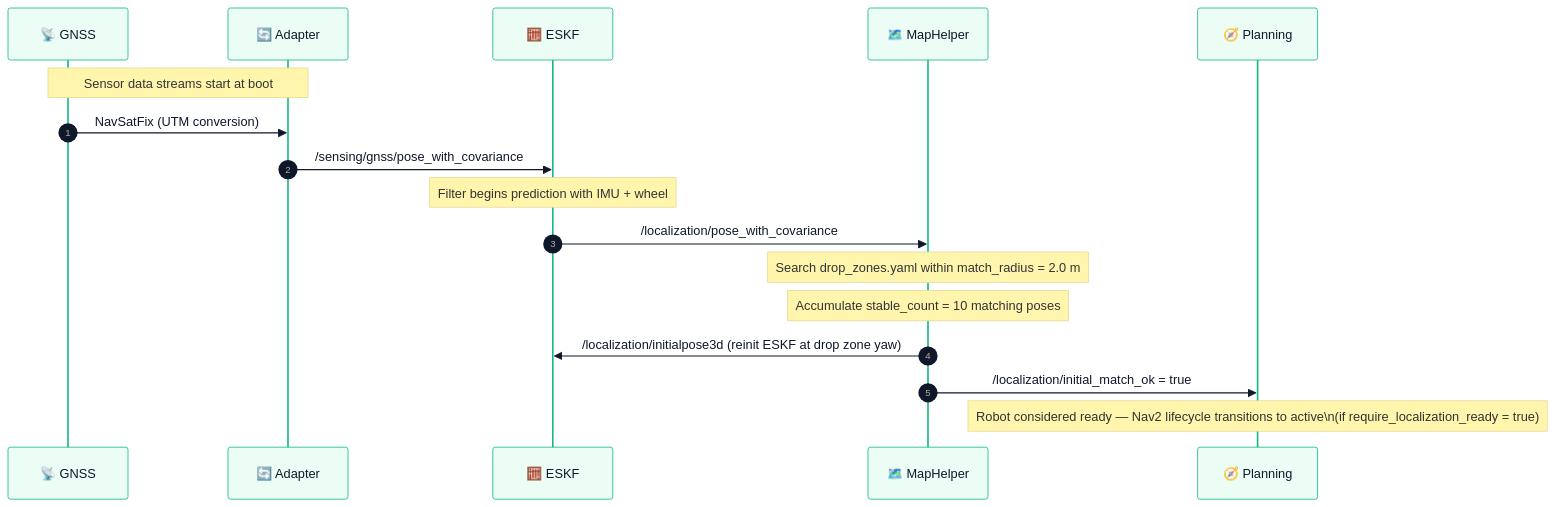
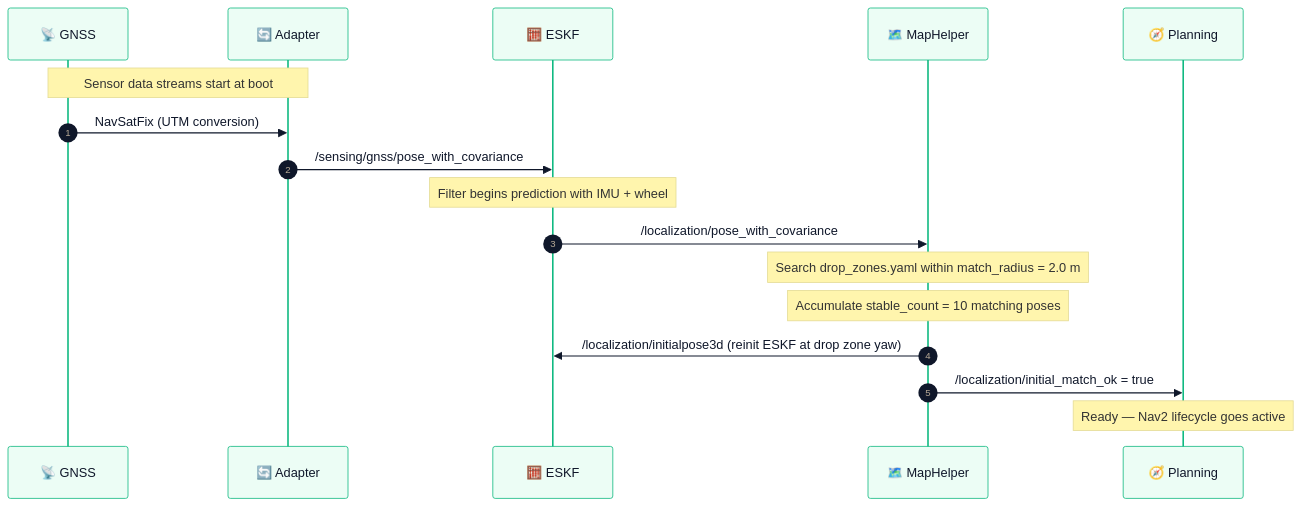
Before and after one commit to hwanhonglee/CAMROD: the fourth of 4 diagrams in camrod_localization/README.md, drawn with Mermaid. The commit also changed other lines of this file and 11 other files, not shown here.

First line of the commit message:
docs: fix Mermaid syntax errors and reduce emoji overuse in all READMEs

````diff
--- a/camrod_localization/README.md
+++ b/camrod_localization/README.md
@@ -366,24 +366,24 @@
 ```mermaid
 %%{init: {'theme': 'base', 'themeVariables': {'fontFamily': 'ui-sans-serif, system-ui, sans-serif', 'fontSize': '14px', 'primaryColor': '#ECFDF5', 'primaryTextColor': '#0F172A', 'primaryBorderColor': '#10B981', 'lineColor': '#475569'}}}%%
 sequenceDiagram
   autonumber
   participant GNSS as 📡 GNSS
   participant Adapter as 🔄 Adapter
   participant ESKF as 🧮 ESKF
   participant MapHelper as 🗺️ MapHelper
   participant Planning as 🧭 Planning
 
   Note over GNSS,Adapter: Sensor data streams start at boot
   GNSS->>Adapter: NavSatFix (UTM conversion)
   Adapter->>ESKF: /sensing/gnss/pose_with_covariance
   Note over ESKF: Filter begins prediction with IMU + wheel
   ESKF->>MapHelper: /localization/pose_with_covariance
 
   Note over MapHelper: Search drop_zones.yaml within match_radius = 2.0 m
   Note over MapHelper: Accumulate stable_count = 10 matching poses
 
   MapHelper->>ESKF: /localization/initialpose3d (reinit ESKF at drop zone yaw)
   MapHelper->>Planning: /localization/initial_match_ok = true
 
-  Note over Planning: Robot considered ready — Nav2 lifecycle transitions to active\n(if require_localization_ready = true)
+  Note over Planning: Ready — Nav2 lifecycle goes active
 ```
````
